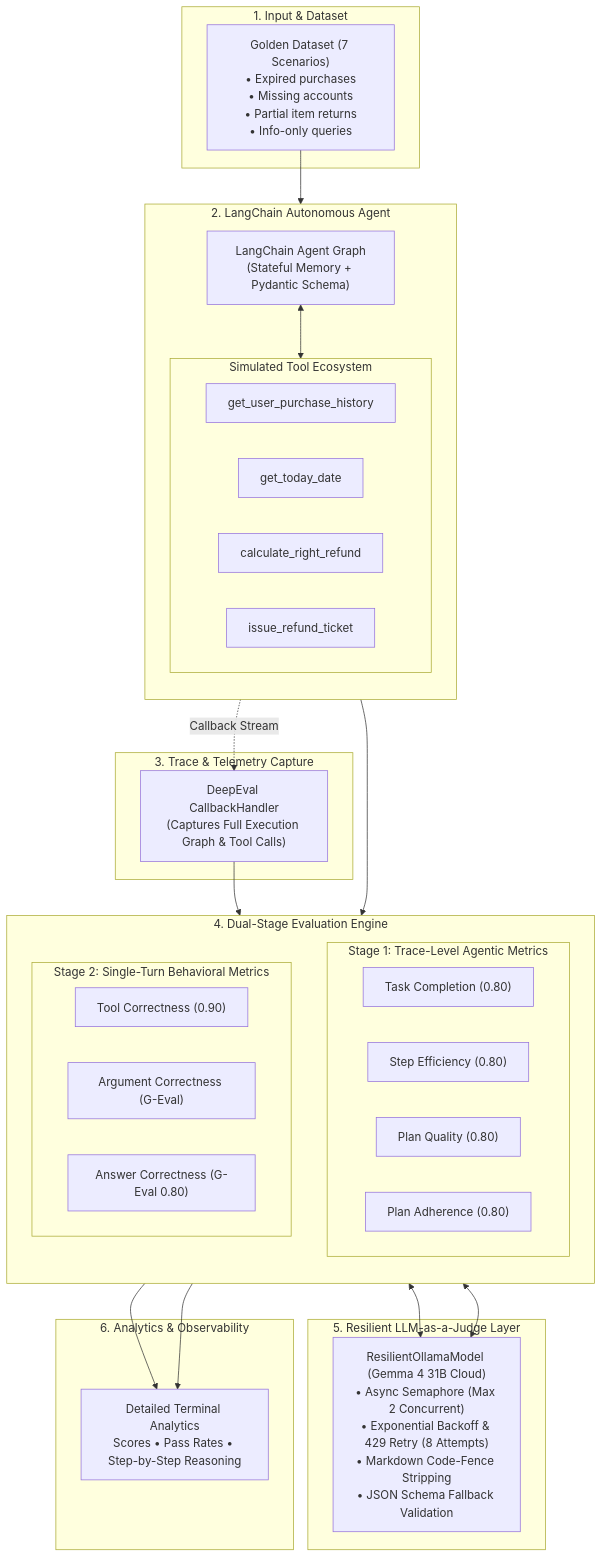
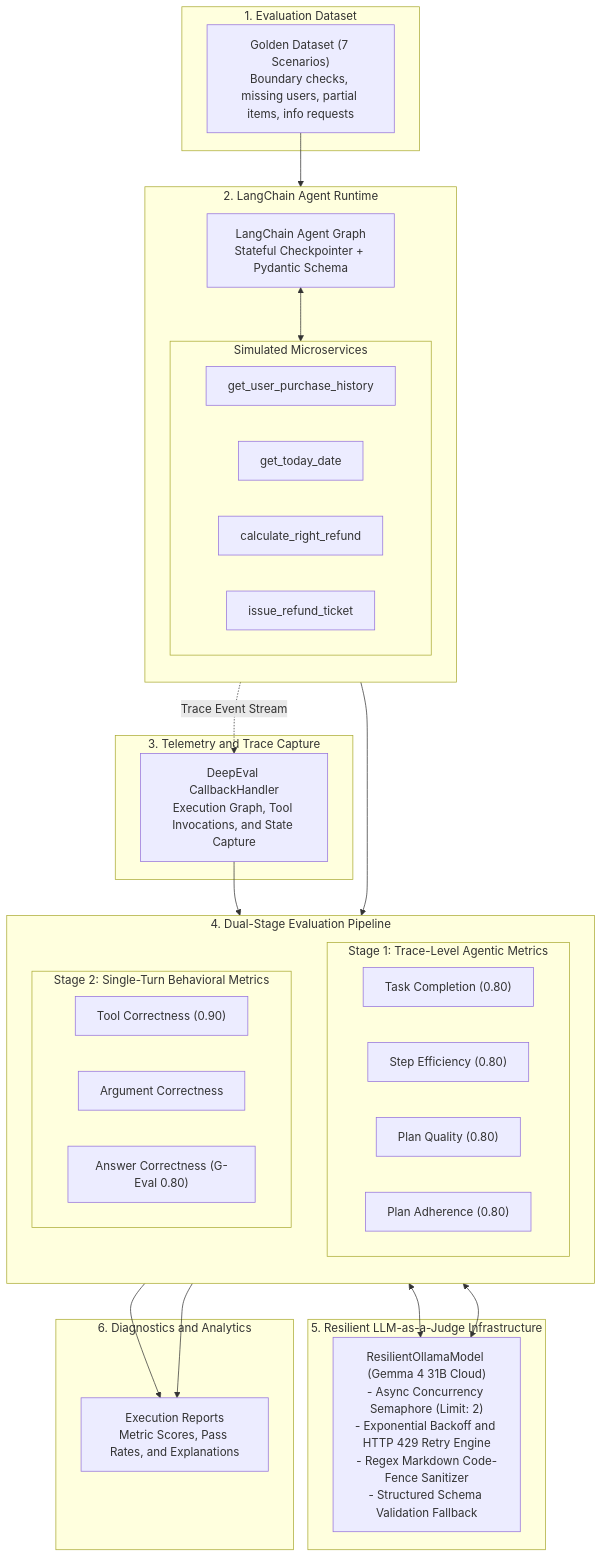
Before and after one commit to avish006/Agent_Eval: the diagram in README.md, drawn with Mermaid. The commit also changed other lines of this file, not shown here.

````diff
--- a/README.md
+++ b/README.md
@@ -35,57 +30,57 @@
 ```mermaid
 flowchart TD
-    subgraph Input["1. Input & Dataset"]
-        Goldens["Golden Dataset (7 Scenarios)<br/>• Expired purchases<br/>• Missing accounts<br/>• Partial item returns<br/>• Info-only queries"]
+    subgraph Input["1. Evaluation Dataset"]
+        Goldens["Golden Dataset (7 Scenarios)<br/>Boundary checks, missing users, partial items, info requests"]
     end
 
-    subgraph AgentLayer["2. LangChain Autonomous Agent"]
+    subgraph AgentRuntime["2. LangChain Agent Runtime"]
         direction TB
-        Agent["LangChain Agent Graph<br/>(Stateful Memory + Pydantic Schema)"]
+        Agent["LangChain Agent Graph<br/>Stateful Checkpointer + Pydantic Schema"]
         
-        subgraph Tools["Simulated Tool Ecosystem"]
+        subgraph Toolset["Simulated Microservices"]
             T1["get_user_purchase_history"]
             T2["get_today_date"]
             T3["calculate_right_refund"]
             T4["issue_refund_ticket"]
         end
         
-        Agent <--> Tools
+        Agent <--> Toolset
     end
 
-    subgraph Observability["3. Trace & Telemetry Capture"]
-        Callback["DeepEval CallbackHandler<br/>(Captures Full Execution Graph & Tool Calls)"]
+    subgraph Telemetry["3. Telemetry and Trace Capture"]
+        Callback["DeepEval CallbackHandler<br/>Execution Graph, Tool Invocations, and State Capture"]
     end
 
-    subgraph EvalEngine["4. Dual-Stage Evaluation Engine"]
+    subgraph EvaluationPipeline["4. Dual-Stage Evaluation Pipeline"]
         direction TB
         subgraph Stage1["Stage 1: Trace-Level Agentic Metrics"]
             M1["Task Completion (0.80)"]
             M2["Step Efficiency (0.80)"]
             M3["Plan Quality (0.80)"]
             M4["Plan Adherence (0.80)"]
         end
         
         subgraph Stage2["Stage 2: Single-Turn Behavioral Metrics"]
             M5["Tool Correctness (0.90)"]
-            M6["Argument Correctness (G-Eval)"]
+            M6["Argument Correctness"]
             M7["Answer Correctness (G-Eval 0.80)"]
         end
     end
 
-    subgraph JudgeHarness["5. Resilient LLM-as-a-Judge Layer"]
-        ResilientModel["ResilientOllamaModel (Gemma 4 31B Cloud)<br/>• Async Semaphore (Max 2 Concurrent)<br/>• Exponential Backoff & 429 Retry (8 Attempts)<br/>• Markdown Code-Fence Stripping<br/>• JSON Schema Fallback Validation"]
+    subgraph JudgeLayer["5. Resilient LLM-as-a-Judge Infrastructure"]
+        ResilientModel["ResilientOllamaModel (Gemma 4 31B Cloud)<br/>- Async Concurrency Semaphore (Limit: 2)<br/>- Exponential Backoff and HTTP 429 Retry Engine<br/>- Regex Markdown Code-Fence Sanitizer<br/>- Structured Schema Validation Fallback"]
     end
 
-    subgraph Output["6. Analytics & Observability"]
-        TerminalReport["Detailed Terminal Analytics<br/>Scores • Pass Rates • Step-by-Step Reasoning"]
+    subgraph Reporting["6. Diagnostics and Analytics"]
+        TerminalReport["Execution Reports<br/>Metric Scores, Pass Rates, and Explanations"]
     end
 
     Goldens --> Agent
-    Agent -. "Callback Stream" .-> Callback
+    Agent -. "Trace Event Stream" .-> Callback
     Callback --> Stage1
     Agent --> Stage2
     Stage1 <--> ResilientModel
     Stage2 <--> ResilientModel
     Stage1 --> TerminalReport
     Stage2 --> TerminalReport
 ```
````
